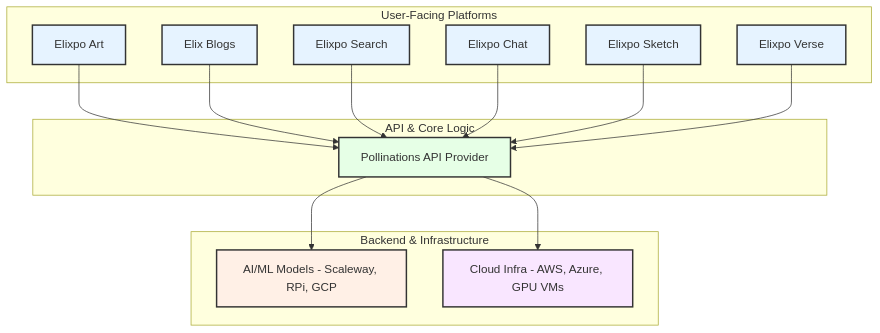
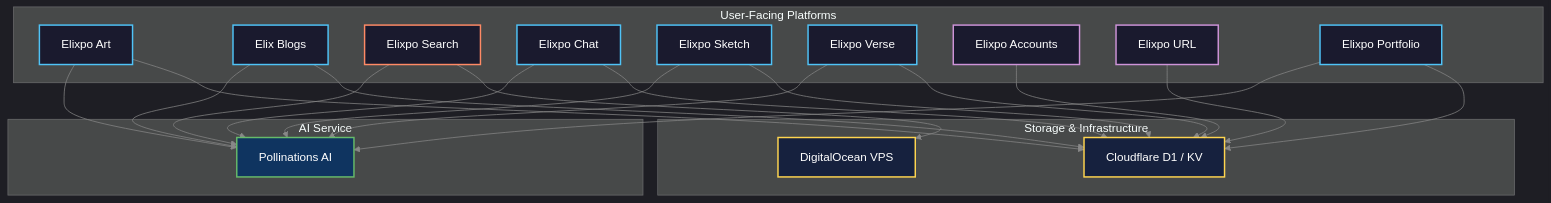
The diagram in README.md (Circuit-Overtime/elixpo_chapter), drawn with Mermaid before and after one commit. The commit also changed other lines of this file, not shown here.

Commit message:
updated the readme with the correct arch and also the product section

````diff
--- a/README.md
+++ b/README.md
@@ -104,31 +104,39 @@
 ```mermaid
+%%{init: {'theme': 'dark', 'themeVariables': {'primaryColor': '#1a1a2e', 'primaryTextColor': '#ffffff', 'lineColor': '#888888', 'secondaryColor': '#16213e', 'tertiaryColor': '#0f3460'}}}%%
 graph TD
     subgraph User-Facing Platforms
         A[Elixpo Art]:::service
         B[Elix Blogs]:::service
-        C[Elixpo Search]:::service
+        C[Elixpo Search]:::search
         F[Elixpo Chat]:::service
         D[Elixpo Sketch]:::service
         G[Elixpo Verse]:::service
+        H[Elixpo Accounts]:::standalone
+        I[Elixpo URL]:::standalone
+        J[Elixpo Portfolio]:::service
     end
 
-    subgraph API & Core Logic
-        P[Pollinations API Provider]:::api
+    subgraph AI Service
+        P[Pollinations AI]:::api
     end
 
-    subgraph Backend & Infrastructure
-        X[AI/ML Models - Scaleway, RPi, GCP]:::ai
-        Y[Cloud Infra - AWS, Azure, GPU VMs]:::infra
+    subgraph Storage & Infrastructure
+        CF[Cloudflare D1 / KV]:::storage
+        DO[DigitalOcean VPS]:::storage
     end
 
-    %% Connections
-    A & B & C & F & D & G --> P
-    P --> X
-    P --> Y
+    %% AI connections - all except Accounts and URL
+    A & B & F & D & G & J --> P
+    C --> P
+
+    %% Storage connections
+    A & B & F & D & G & H & I & J --> CF
+    C --> DO
 
     %% Styling
-    classDef service fill:#e6f3ff,stroke:#333,stroke-width:2px;
-    classDef api fill:#e6ffe6,stroke:#333,stroke-width:2px;
-    classDef ai fill:#fff0e6,stroke:#333,stroke-width:2px;
-    classDef infra fill:#f9e6ff,stroke:#333,stroke-width:2px;
+    classDef service fill:#1a1a2e,stroke:#4fc3f7,stroke-width:2px,color:#ffffff;
+    classDef search fill:#1a1a2e,stroke:#ff8a65,stroke-width:2px,color:#ffffff;
+    classDef standalone fill:#1a1a2e,stroke:#ce93d8,stroke-width:2px,color:#ffffff;
+    classDef api fill:#0f3460,stroke:#66bb6a,stroke-width:2px,color:#ffffff;
+    classDef storage fill:#16213e,stroke:#ffd54f,stroke-width:2px,color:#ffffff;
 ```
````
